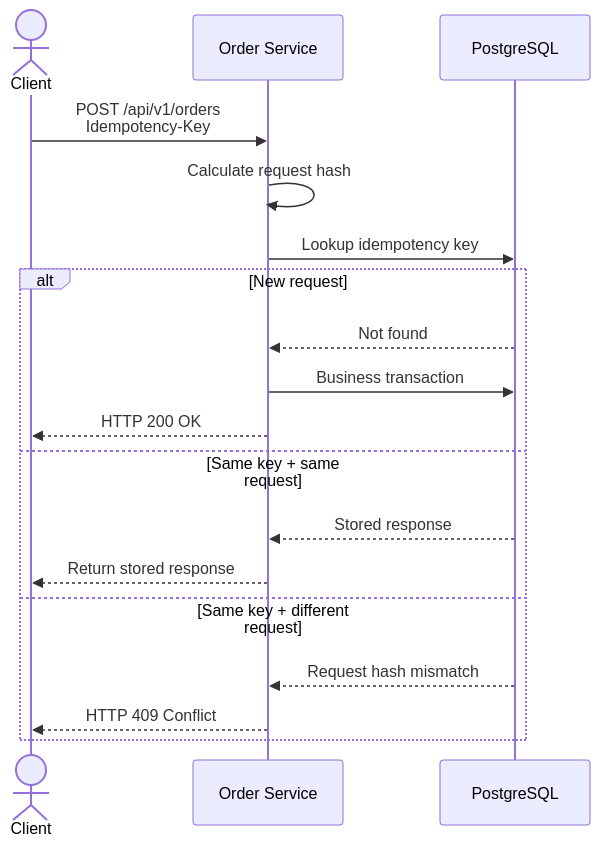
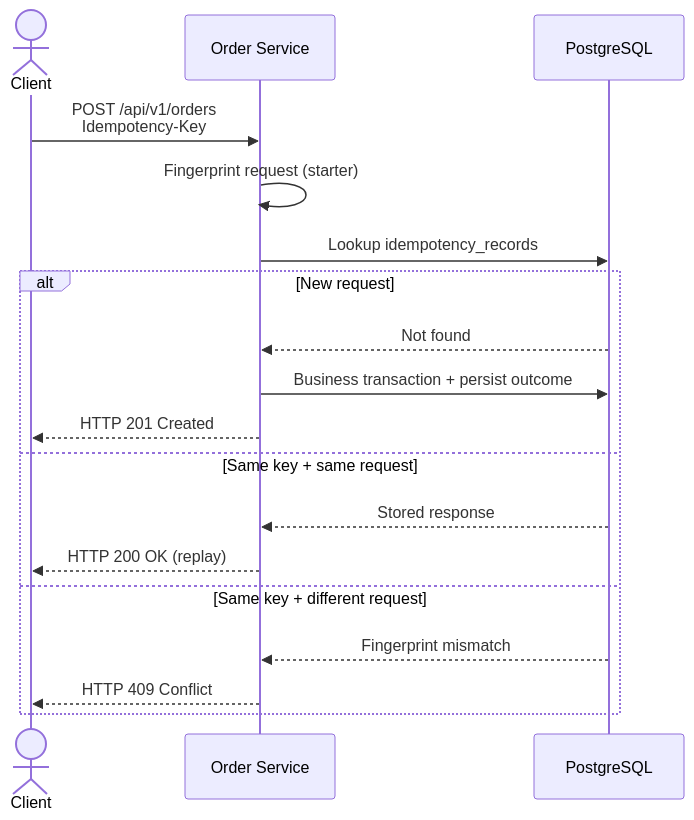
Before and after one commit to KHolodilin/spring-transactional-outbox-kafka: the fourth of 4 diagrams in README.md, drawn with Mermaid. The commit also changed other lines of this file and 41 other files, not shown here.

First line of the commit message:
Migrate servlet and VT order services to spring-boot-idempotency-starter.

````diff
--- a/README.md
+++ b/README.md
@@ -152,25 +154,25 @@
 ```mermaid
 sequenceDiagram
     actor Client
     participant Service as Order Service
     participant DB as PostgreSQL
 
     Client->>Service: POST /api/v1/orders<br/>Idempotency-Key
 
-    Service->>Service: Calculate request hash
-    Service->>DB: Lookup idempotency key
+    Service->>Service: Fingerprint request (starter)
+    Service->>DB: Lookup idempotency_records
 
     alt New request
         DB-->>Service: Not found
-        Service->>DB: Business transaction
-        Service-->>Client: HTTP 200 OK
+        Service->>DB: Business transaction + persist outcome
+        Service-->>Client: HTTP 201 Created
 
     else Same key + same request
         DB-->>Service: Stored response
-        Service-->>Client: Return stored response
+        Service-->>Client: HTTP 200 OK (replay)
 
     else Same key + different request
-        DB-->>Service: Request hash mismatch
+        DB-->>Service: Fingerprint mismatch
         Service-->>Client: HTTP 409 Conflict
     end
 ```
````
